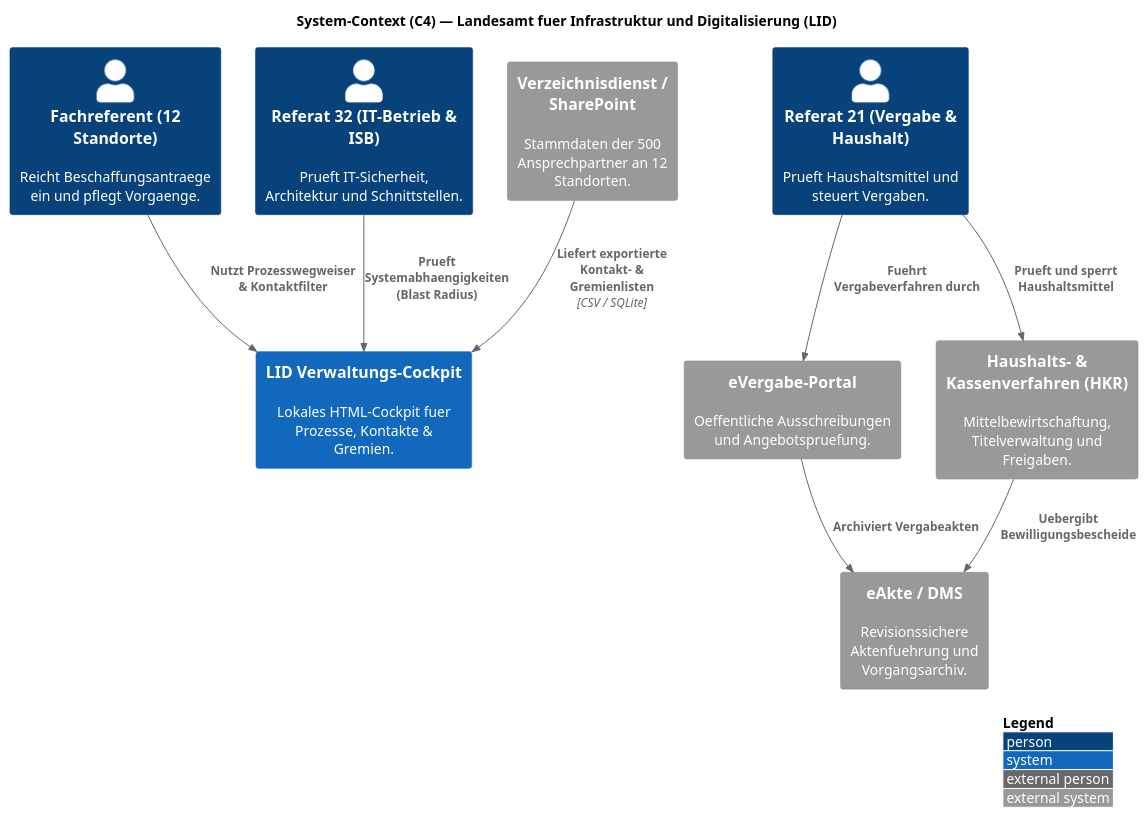
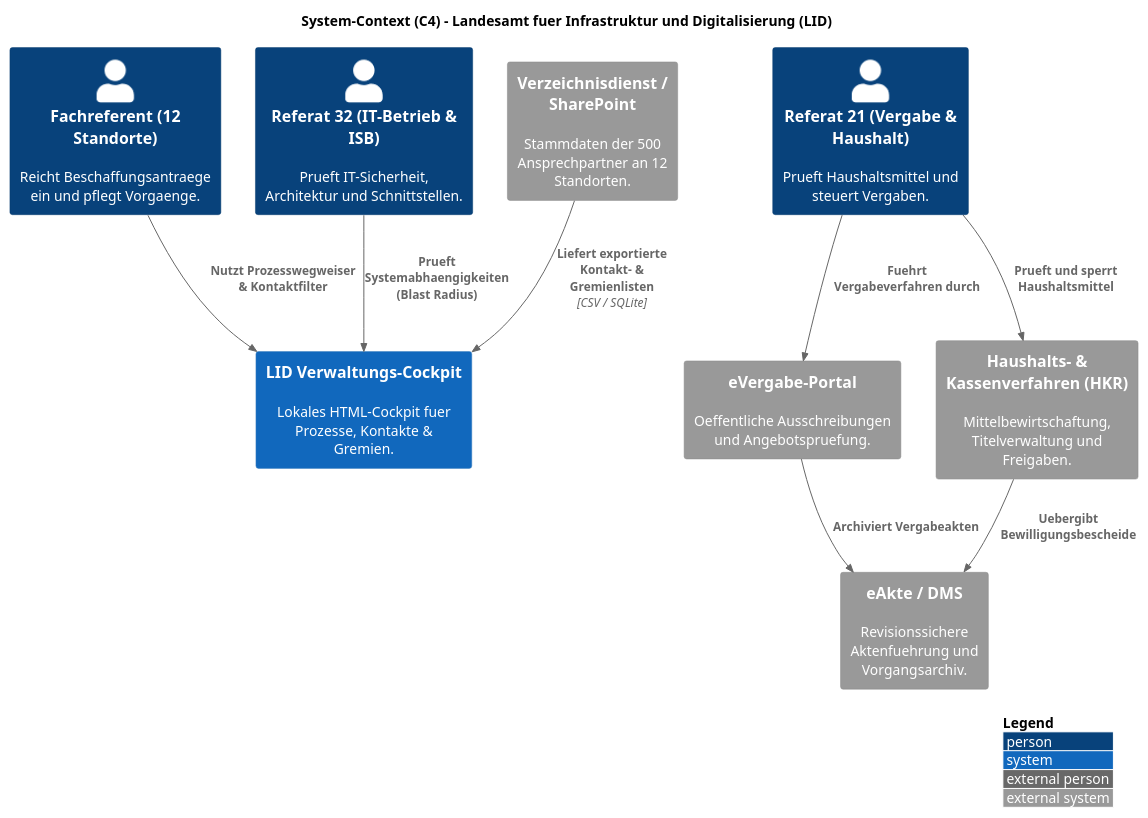
Before and after one commit to On-Premise-AI-Cockpit/on-premise-ai-cockpit.github.io: the diagram in stufe1-diagramme/behoerde_it_landschaft_c4.puml, drawn with PlantUML. The commit also changed 26 other files, not shown here.

Commit message:
R2: Ein Cockpit, das mitwaechst; Kritikalitaet nach Funktion; Sicherheitsfixes (pdf.js, SheetJS 0.20.3, Mermaid 10.9.8, textContent); Offline-libs-Skript; Ollama-Leitplanken korrigiert; 17 Prompts; Uebergabepaket mit 5 Nachweisen

```diff
--- a/stufe1-diagramme/behoerde_it_landschaft_c4.puml
+++ b/stufe1-diagramme/behoerde_it_landschaft_c4.puml
@@ -1,25 +1,25 @@
 @startuml
 !include <C4/C4_Context>
 
 LAYOUT_WITH_LEGEND()
-title System-Context (C4) — Landesamt fuer Infrastruktur und Digitalisierung (LID)
+title System-Context (C4) – Landesamt fuer Infrastruktur und Digitalisierung (LID)
 
 Person(ref, "Fachreferent (12 Standorte)", "Reicht Beschaffungsantraege ein und pflegt Vorgaenge.")
 Person(ref21, "Referat 21 (Vergabe & Haushalt)", "Prueft Haushaltsmittel und steuert Vergaben.")
 Person(ref32, "Referat 32 (IT-Betrieb & ISB)", "Prueft IT-Sicherheit, Architektur und Schnittstellen.")
 
 System(cockpit_lid, "LID Verwaltungs-Cockpit", "Lokales HTML-Cockpit fuer Prozesse, Kontakte & Gremien.")
 
 System_Ext(eakte, "eAkte / DMS", "Revisionssichere Aktenfuehrung und Vorgangsarchiv.")
 System_Ext(evergabe, "eVergabe-Portal", "Oeffentliche Ausschreibungen und Angebotspruefung.")
 System_Ext(hkr, "Haushalts- & Kassenverfahren (HKR)", "Mittelbewirtschaftung, Titelverwaltung und Freigaben.")
 System_Ext(ad, "Verzeichnisdienst / SharePoint", "Stammdaten der 500 Ansprechpartner an 12 Standorten.")
 
 Rel(ref, cockpit_lid, "Nutzt Prozesswegweiser & Kontaktfilter")
 Rel(ref21, evergabe, "Fuehrt Vergabeverfahren durch")
 Rel(ref21, hkr, "Prueft und sperrt Haushaltsmittel")
 Rel(ref32, cockpit_lid, "Prueft Systemabhaengigkeiten (Blast Radius)")
 Rel(evergabe, eakte, "Archiviert Vergabeakten")
 Rel(hkr, eakte, "Uebergibt Bewilligungsbescheide")
 Rel(ad, cockpit_lid, "Liefert exportierte Kontakt- & Gremienlisten", "CSV / SQLite")
 @enduml
```
